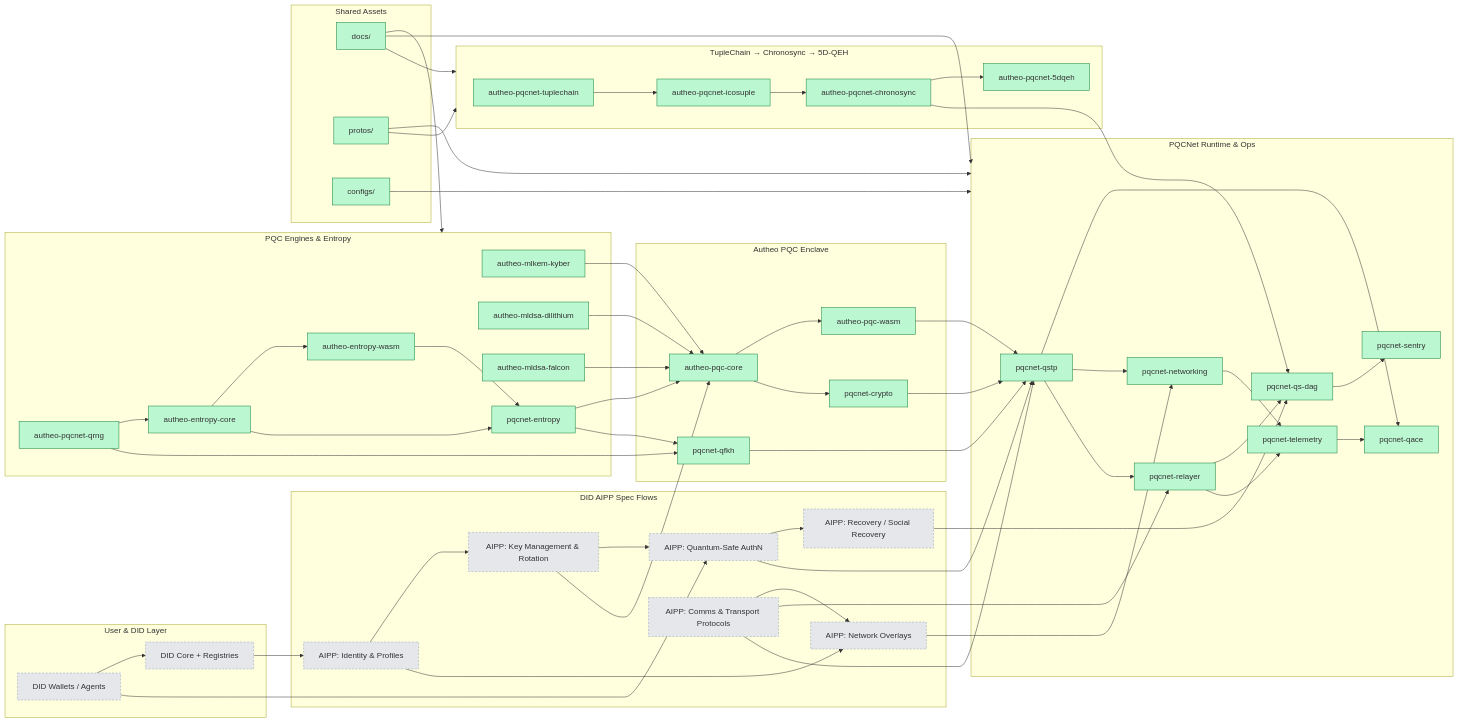
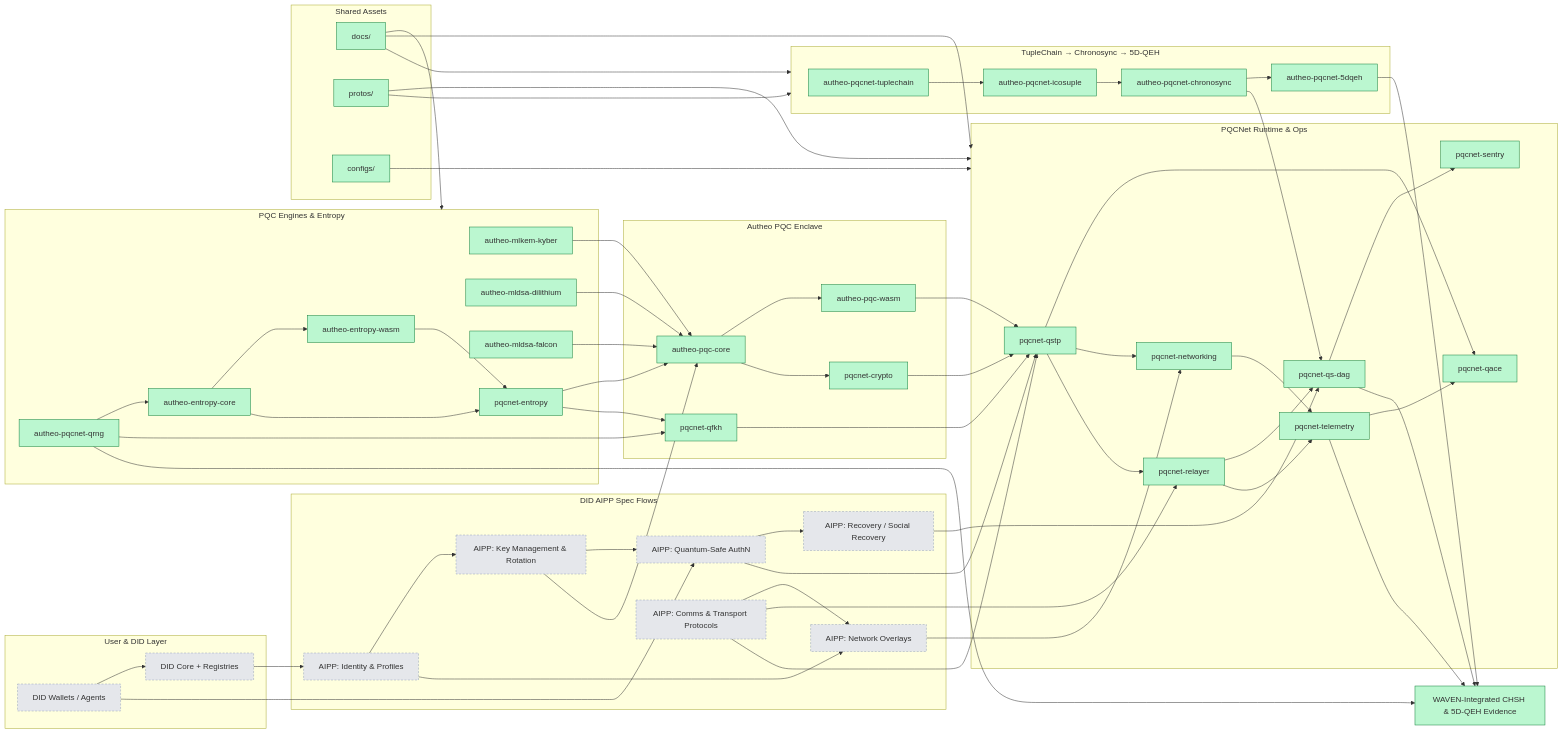
One commit to Lpierzina/pqc-tracing-bot changed the first of 2 diagrams in README.md. Above: the diagram before and after it, drawn with Mermaid.

Commit message:
Add WavenEvidence to README diagram and mark as completed (#89)

````diff
--- a/README.md
+++ b/README.md
@@ -126,8 +126,13 @@
   Chrono["autheo-pqcnet-chronosync"]
   FiveDqeh["autheo-pqcnet-5dqeh"]
 end
+WavenEvidence["WAVEN-Integrated CHSH & 5D-QEH Evidence"]
 Tuplechain --> Icosuple --> Chrono --> FiveDqeh
 Chrono --> QsDag
+FiveDqeh --> WavenEvidence
+QsDag --> WavenEvidence
+Telemetry --> WavenEvidence
+QRNG --> WavenEvidence
 subgraph Shared["Shared Assets"]
   Docs["docs/"]
   Protos["protos/"]
@@ -147,6 +152,6 @@
 AIPComms --> Qstp
 classDef completed fill:#bbf7d0,stroke:#15803d,stroke-width:1px;
 classDef external fill:#e5e7eb,stroke:#94a3b8,stroke-dasharray:4 3;
-class Kyber,Dilithium,Falcon,EntropyWasm,EntropyCore,QRNG,PqcEntropy,PqcCore,PqcWasm,QFkh,Crypto,Qstp,QsDag,Sentry,Net,Relayer,Telemetry,QACE,Tuplechain,Icosuple,Chrono,FiveDqeh,Docs,Protos,Configs completed;
+class Kyber,Dilithium,Falcon,EntropyWasm,EntropyCore,QRNG,PqcEntropy,PqcCore,PqcWasm,QFkh,Crypto,Qstp,QsDag,Sentry,Net,Relayer,Telemetry,QACE,Tuplechain,Icosuple,Chrono,FiveDqeh,Docs,Protos,Configs,WavenEvidence completed;
 class Wallet,DIDCore,AIPId,AIPKeys,AIPAuth,AIPRec,AIPOverlays,AIPComms external;
 ```
````
